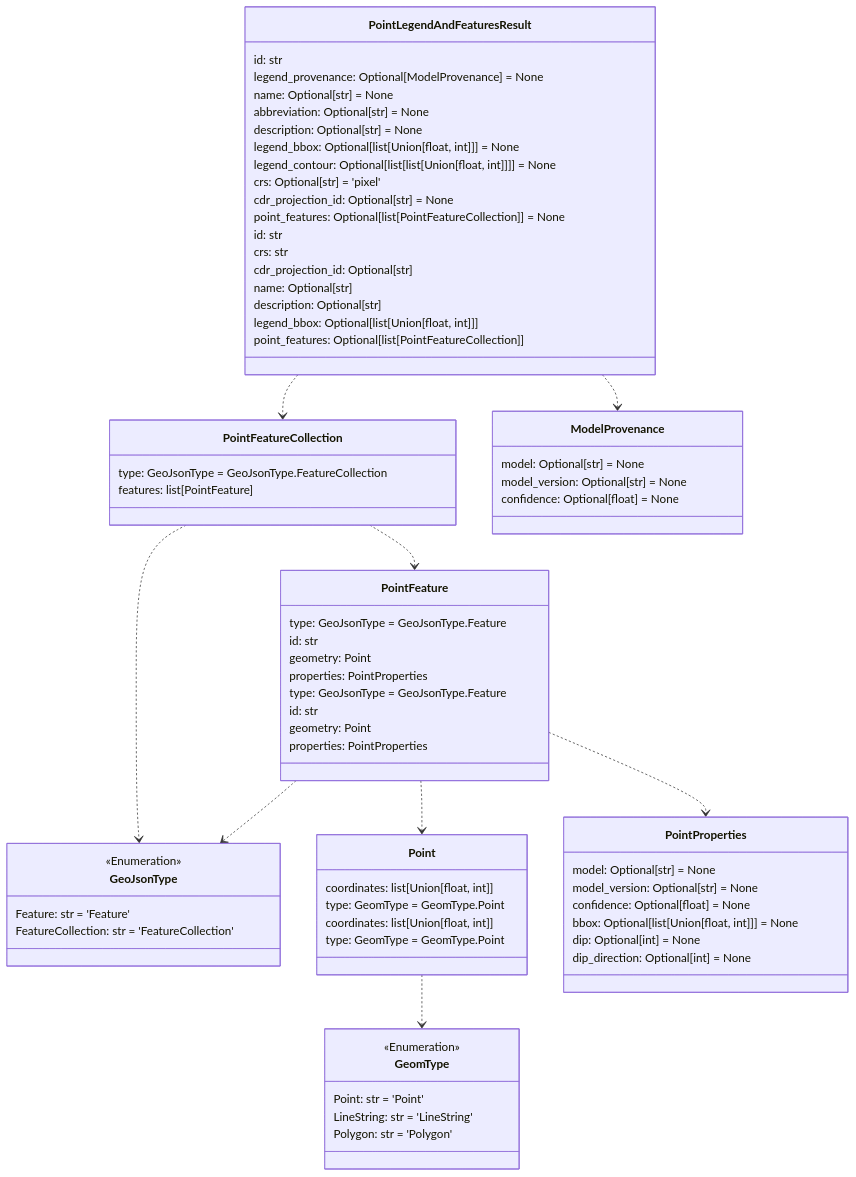
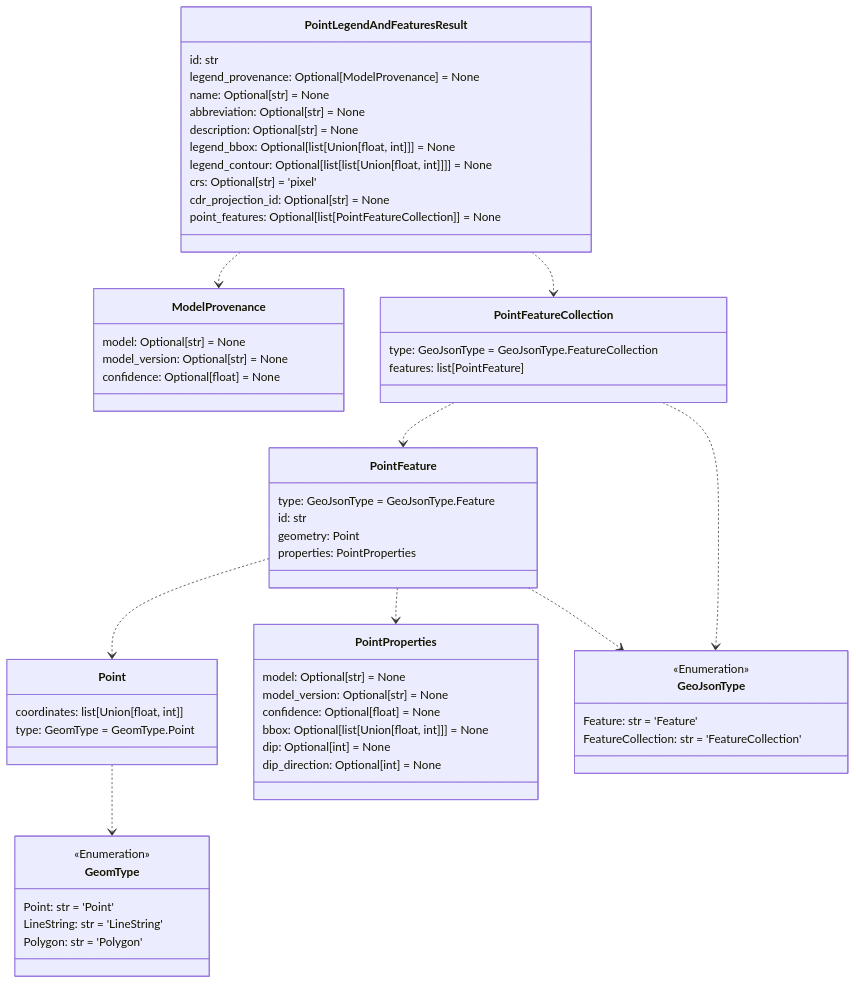
The fifth of 12 diagrams in README.md (DARPA-CRITICALMAAS/cdr_schemas), drawn with Mermaid before and after one commit. The commit also changed other lines of this file, not shown here.

````diff
--- a/README.md
+++ b/README.md
@@ -356,10 +353,20 @@
 ```mermaid
 classDiagram
 
-    class GeoJsonType {
-        <<Enumeration>>
-        Feature: str = 'Feature'
-        FeatureCollection: str = 'FeatureCollection'
+    class ModelProvenance {
+        model: Optional[str] = None
+        model_version: Optional[str] = None
+        confidence: Optional[float] = None
+    }
+
+    class PointFeatureCollection {
+        type: GeoJsonType = GeoJsonType.FeatureCollection
+        features: list[PointFeature]
+    }
+
+    class Point {
+        coordinates: list[Union[float, int]]
+        type: GeomType = GeomType.Point
     }
 
     class PointFeature {
@@ -367,17 +374,6 @@
         id: str
         geometry: Point
         properties: PointProperties
-    }
-
-    class PointFeatureCollection {
-        type: GeoJsonType = GeoJsonType.FeatureCollection
-        features: list[PointFeature]
-    }
-
-    class ModelProvenance {
-        model: Optional[str] = None
-        model_version: Optional[str] = None
-        confidence: Optional[float] = None
     }
 
     class PointLegendAndFeaturesResult {
@@ -393,9 +389,13 @@
         point_features: Optional[list[PointFeatureCollection]] = None
     }
 
-    class Point {
-        coordinates: list[Union[float, int]]
-        type: GeomType = GeomType.Point
+    class PointProperties {
+        model: Optional[str] = None
+        model_version: Optional[str] = None
+        confidence: Optional[float] = None
+        bbox: Optional[list[Union[float, int]]] = None
+        dip: Optional[int] = None
+        dip_direction: Optional[int] = None
     }
 
     class GeomType {
@@ -405,45 +405,20 @@
         Polygon: str = 'Polygon'
     }
 
-    class PointProperties {
-        model: Optional[str] = None
-        model_version: Optional[str] = None
-        confidence: Optional[float] = None
-        bbox: Optional[list[Union[float, int]]] = None
-        dip: Optional[int] = None
-        dip_direction: Optional[int] = None
-    }
-
-    class PointFeature {
-        type: GeoJsonType = GeoJsonType.Feature
-        id: str
-        geometry: Point
-        properties: PointProperties
-    }
-
-    class Point {
-        coordinates: list[Union[float, int]]
-        type: GeomType = GeomType.Point
-    }
-
-    class PointLegendAndFeaturesResult {
-        id: str
-        crs: str
-        cdr_projection_id: Optional[str]
-        name: Optional[str]
-        description: Optional[str]
-        legend_bbox: Optional[list[Union[float, int]]]
-        point_features: Optional[list[PointFeatureCollection]]
+    class GeoJsonType {
+        <<Enumeration>>
+        Feature: str = 'Feature'
+        FeatureCollection: str = 'FeatureCollection'
     }
 
     Point ..> GeomType
+    PointFeature ..> Point
     PointFeature ..> PointProperties
     PointFeature ..> GeoJsonType
-    PointFeature ..> Point
+    PointFeatureCollection ..> PointFeature
     PointFeatureCollection ..> GeoJsonType
-    PointFeatureCollection ..> PointFeature
+    PointLegendAndFeaturesResult ..> ModelProvenance
     PointLegendAndFeaturesResult ..> PointFeatureCollection
-    PointLegendAndFeaturesResult ..> ModelProvenance
 
 
 ```
````
